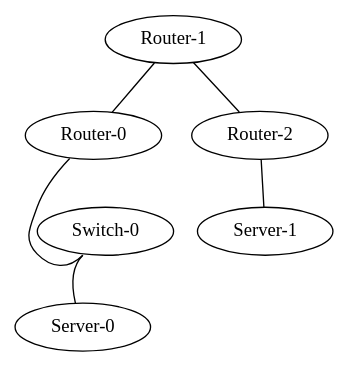
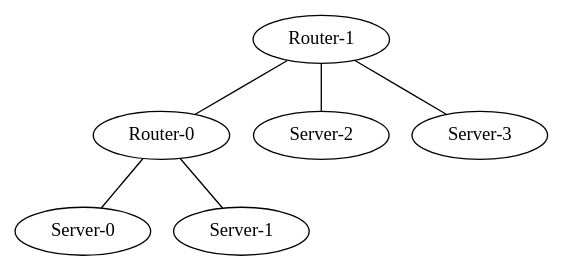
One commit to matferronato/TopologyGen changed the diagram in TopologyGen/TopologyInfo/topology.dot. Above: the diagram before and after it, drawn with Graphviz. The commit also changed 2368 other files, not shown here.

```diff
--- a/TopologyGen/TopologyInfo/topology.dot
+++ b/TopologyGen/TopologyInfo/topology.dot
@@ -1,13 +1,13 @@
 graph vx {
 "Router-0" [function="leaf" vagrant="eth1" os="hashicorp/bionic64" version="1.0.282" memory="500" config="./helper_scripts/config_production_switch.sh" ]
 "Router-1" [function="leaf" vagrant="eth1" os="hashicorp/bionic64" version="1.0.282" memory="500" config="./helper_scripts/config_production_switch.sh" ]
-"Router-2" [function="leaf" vagrant="eth1" os="hashicorp/bionic64" version="1.0.282" memory="500" config="./helper_scripts/config_production_switch.sh" ]
 "Server-0" [function="leaf" vagrant="eth1" os="hashicorp/bionic64" version="1.0.282" memory="500" config="./helper_scripts/config_production_switch.sh" ]
 "Server-1" [function="leaf" vagrant="eth1" os="hashicorp/bionic64" version="1.0.282" memory="500" config="./helper_scripts/config_production_switch.sh" ]
-"Switch-0" [function="leaf" vagrant="eth1" os="hashicorp/bionic64" version="1.0.282" memory="500" config="./helper_scripts/config_production_switch.sh" ]
-"Switch-0":"swp1" -- "Server-0":"eth50"
-"Router-0":"eth50" -- "Switch-0":"swp100"
+"Server-2" [function="leaf" vagrant="eth1" os="hashicorp/bionic64" version="1.0.282" memory="500" config="./helper_scripts/config_production_switch.sh" ]
+"Server-3" [function="leaf" vagrant="eth1" os="hashicorp/bionic64" version="1.0.282" memory="500" config="./helper_scripts/config_production_switch.sh" ]
+"Router-0":"eth1" -- "Server-0":"eth100"
+"Router-1":"eth1" -- "Server-3":"eth100"
 "Router-1":"eth100" -- "Router-0":"eth100"
-"Router-1":"eth101" -- "Router-2":"eth100"
-"Router-2":"eth1" -- "Server-1":"eth100"
+"Router-1":"eth2" -- "Server-2":"eth100"
+"Router-0":"eth2" -- "Server-1":"eth100"
 }
```
